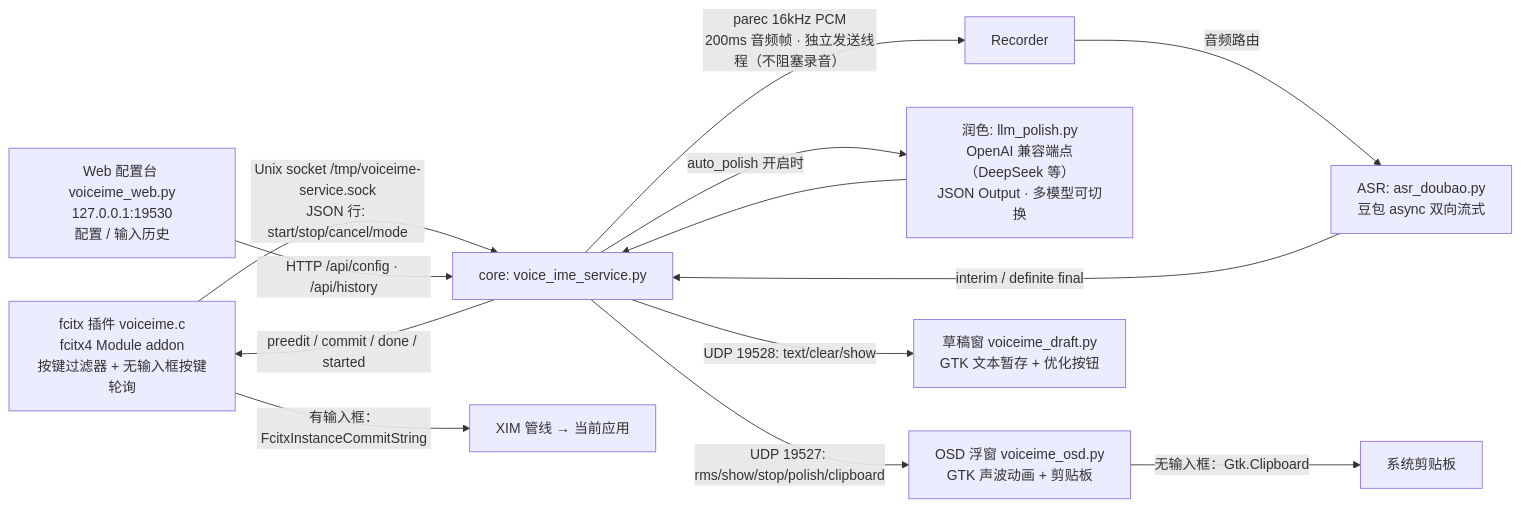
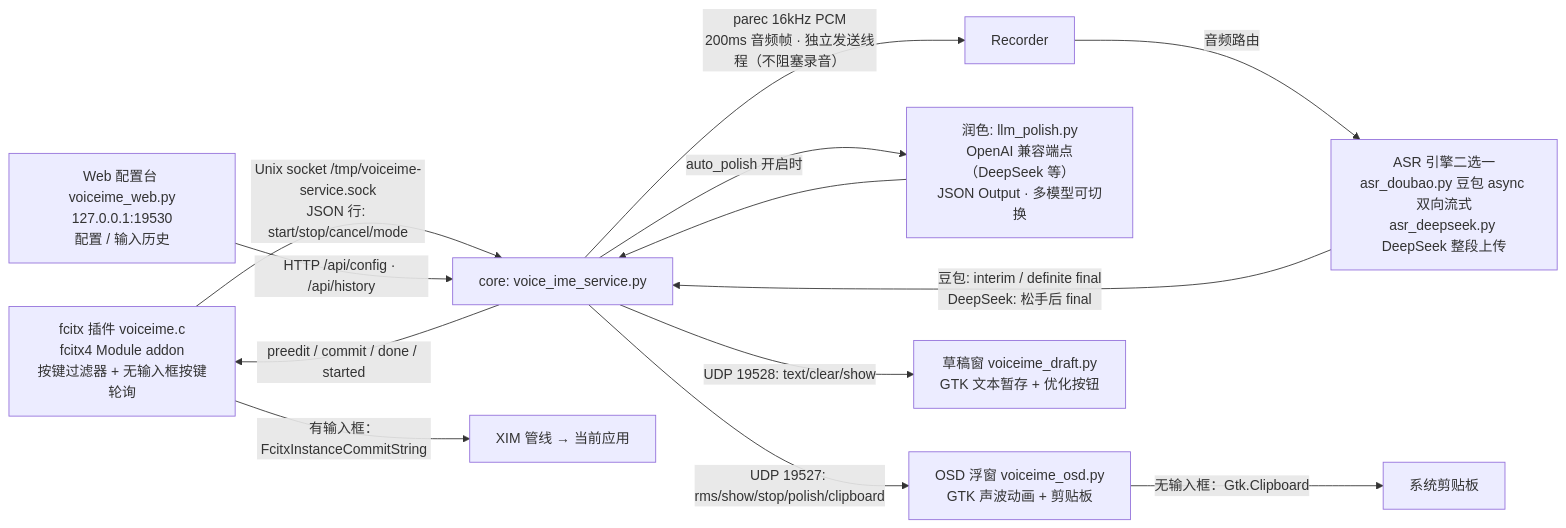
The first of 2 diagrams in README.md (lzyyzznl/voice-ime), drawn with Mermaid before and after one commit. The commit also changed other lines of this file and 6 other files, not shown here.

First line of the commit message:
新增 DeepSeek 非流式 ASR 引擎: 双引擎切换、回环 http 润色端点

````diff
--- a/README.md
+++ b/README.md
@@ -15,15 +15,15 @@
 ```mermaid
 flowchart LR
     E[fcitx 插件 voiceime.c<br/>fcitx4 Module addon<br/>按键过滤器 + 无输入框按键轮询] -->|"Unix socket /tmp/voiceime-service.sock<br/>JSON 行: start/stop/cancel/mode"| S[core: voice_ime_service.py]
     S -->|"parec 16kHz PCM<br/>200ms 音频帧 · 独立发送线程（不阻塞录音）"| R[Recorder]
-    R -->|"音频路由"| A[ASR: asr_doubao.py<br/>豆包 async 双向流式]
-    A -->|"interim / definite final"| S
+    R -->|"音频路由"| A[ASR 引擎二选一<br/>asr_doubao.py 豆包 async 双向流式<br/>asr_deepseek.py DeepSeek 整段上传]
+    A -->|"豆包: interim / definite final<br/>DeepSeek: 松手后 final"| S
     S -->|"auto_polish 开启时"| L[润色: llm_polish.py<br/>OpenAI 兼容端点（DeepSeek 等）<br/>JSON Output · 多模型可切换]
     L --> S
     S -->|"preedit / commit / done / started"| E
     S -->|"UDP 19527: rms/show/stop/polish/clipboard"| O[OSD 浮窗 voiceime_osd.py<br/>GTK 声波动画 + 剪贴板]
     S -->|"UDP 19528: text/clear/show"| D[草稿窗 voiceime_draft.py<br/>GTK 文本暂存 + 优化按钮]
     W[Web 配置台 voiceime_web.py<br/>127.0.0.1:19530<br/>配置 / 输入历史] -->|"HTTP /api/config · /api/history"| S
     E -->|"有输入框：FcitxInstanceCommitString"| X[XIM 管线 → 当前应用]
     O -->|"无输入框：Gtk.Clipboard"| C[系统剪贴板]
 ```
````
